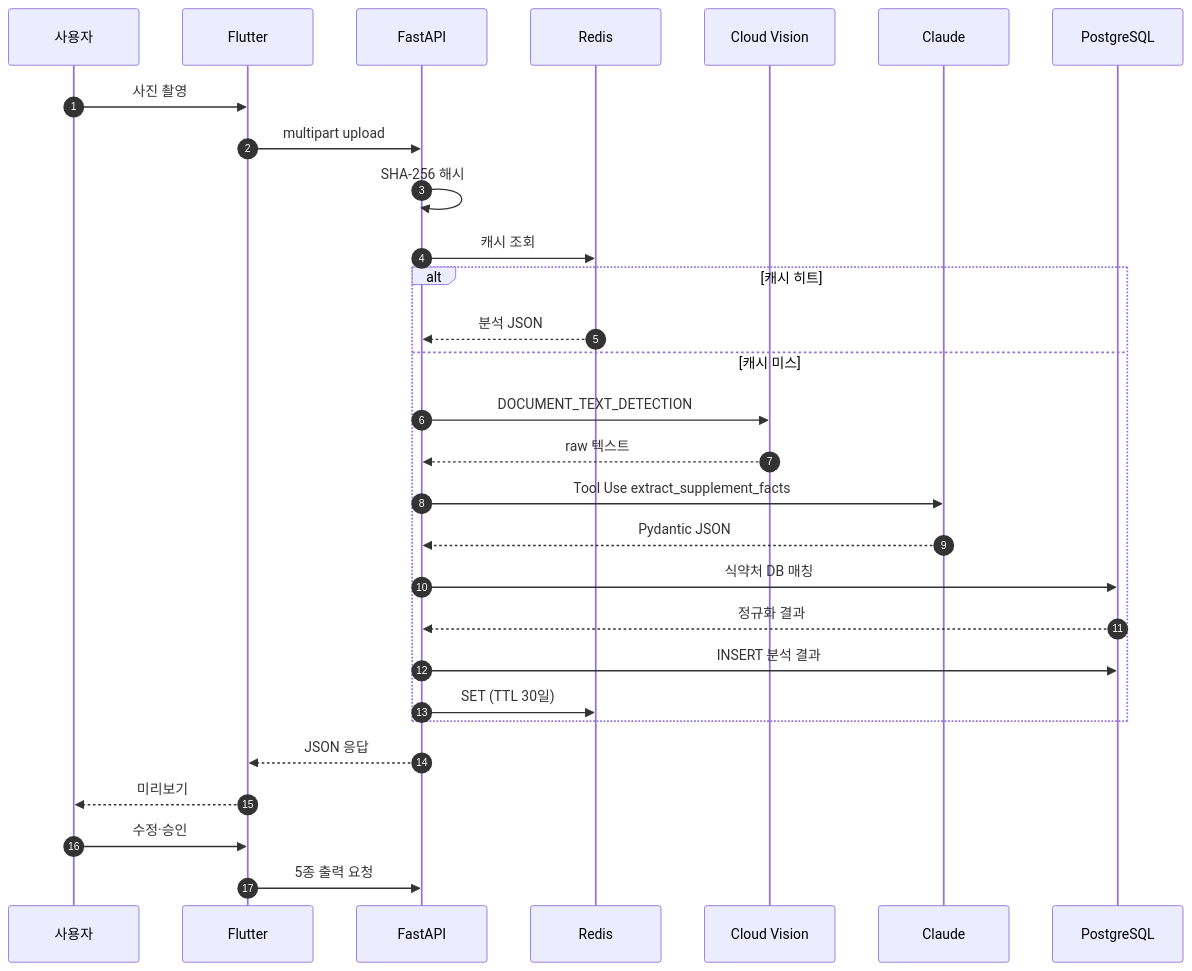
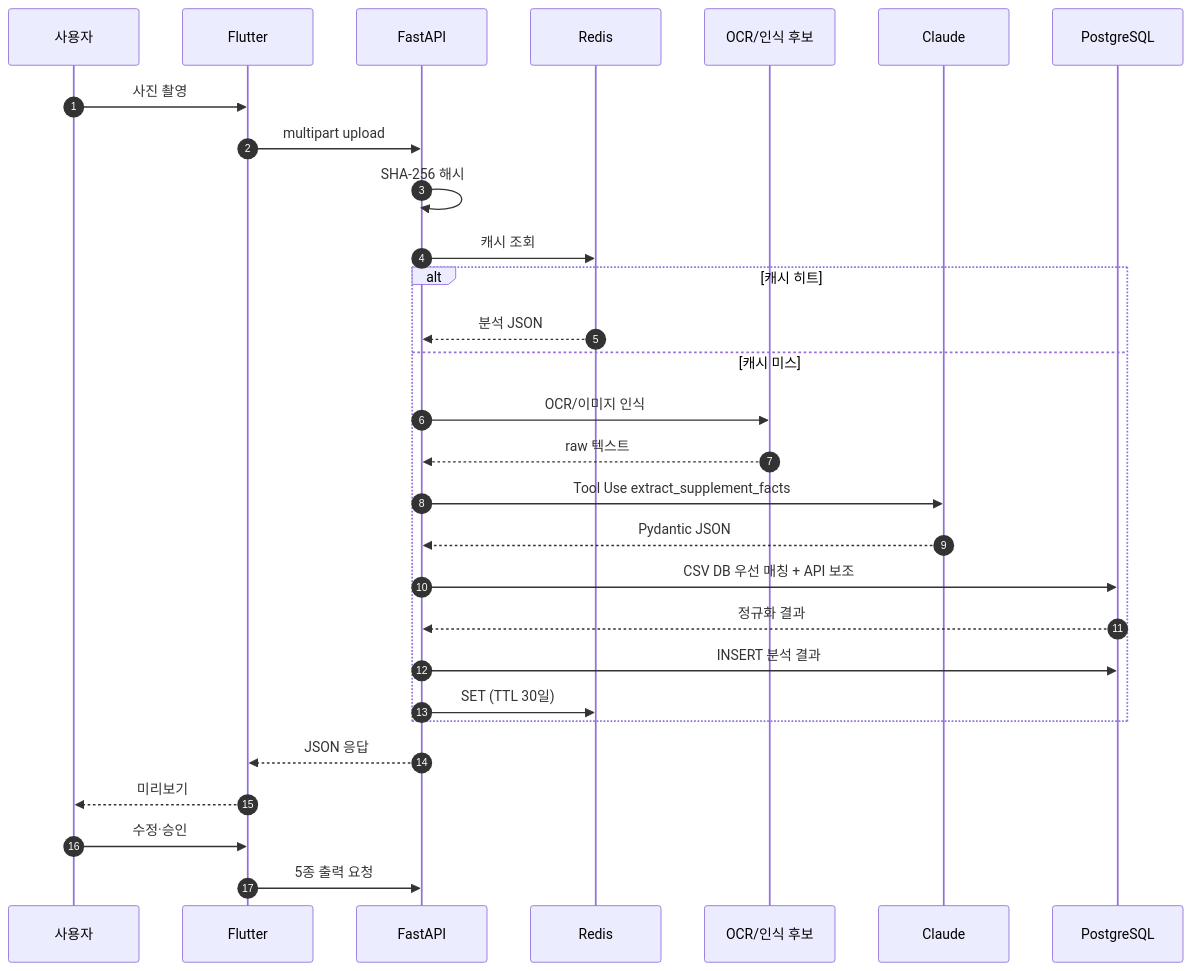
One commit to Lemon-Aid-KDT/Lemon-sin changed the sixth of 12 diagrams in PROJECT_GUIDE.md. Above: the diagram before and after it, drawn with Mermaid. The commit also changed other lines of this file and 139 other files, not shown here.

````diff
--- a/PROJECT_GUIDE.md
+++ b/PROJECT_GUIDE.md
@@ -867,32 +833,32 @@
 ```mermaid
 sequenceDiagram
     autonumber
     participant U as 사용자
     participant App as Flutter
     participant API as FastAPI
     participant R as Redis
-    participant V as Cloud Vision
+    participant V as OCR/인식 후보
     participant C as Claude
     participant DB as PostgreSQL
 
     U->>App: 사진 촬영
     App->>API: multipart upload
     API->>API: SHA-256 해시
     API->>R: 캐시 조회
     alt 캐시 히트
         R-->>API: 분석 JSON
     else 캐시 미스
-        API->>V: DOCUMENT_TEXT_DETECTION
+        API->>V: OCR/이미지 인식
         V-->>API: raw 텍스트
         API->>C: Tool Use extract_supplement_facts
         C-->>API: Pydantic JSON
-        API->>DB: 식약처 DB 매칭
+        API->>DB: CSV DB 우선 매칭 + API 보조
         DB-->>API: 정규화 결과
         API->>DB: INSERT 분석 결과
         API->>R: SET (TTL 30일)
     end
     API-->>App: JSON 응답
     App-->>U: 미리보기
     U->>App: 수정·승인
     App->>API: 5종 출력 요청
 ```
````
